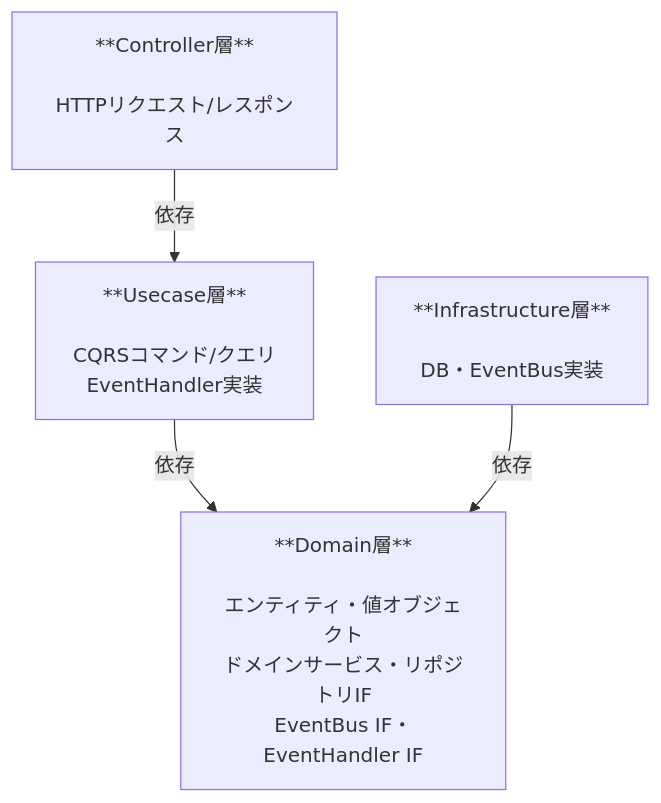
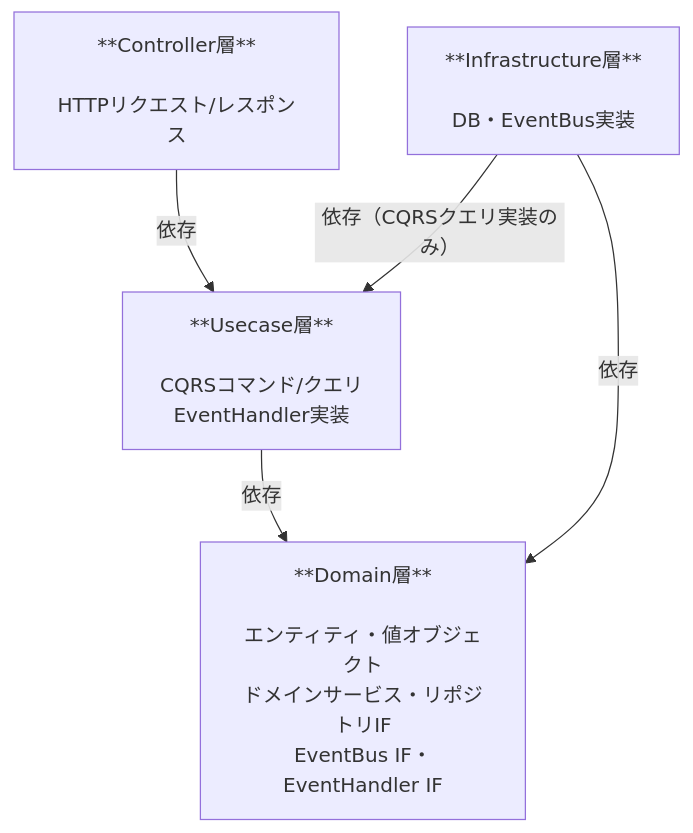
The first of 2 diagrams in docs/architecture.md (kuritaeiji/claude-code-ddd), drawn with Mermaid before and after one commit. The commit also changed other lines of this file and 13 other files, not shown here.

````diff
--- a/docs/architecture.md
+++ b/docs/architecture.md
@@ -19,11 +19,12 @@
 ```mermaid
 flowchart TB
     Controller["**Controller層**<br/><br/>HTTPリクエスト/レスポンス"]
     Usecase["**Usecase層**<br/><br/>CQRSコマンド/クエリ<br/>EventHandler実装"]
     Domain["**Domain層**<br/><br/>エンティティ・値オブジェクト<br/>ドメインサービス・リポジトリIF<br/>EventBus IF・EventHandler IF"]
     Infrastructure["**Infrastructure層**<br/><br/>DB・EventBus実装"]
 
     Controller -->|依存| Usecase
     Usecase -->|依存| Domain
     Infrastructure -->|依存| Domain
+    Infrastructure -->|依存（CQRSクエリ実装のみ）| Usecase
 ```
````
